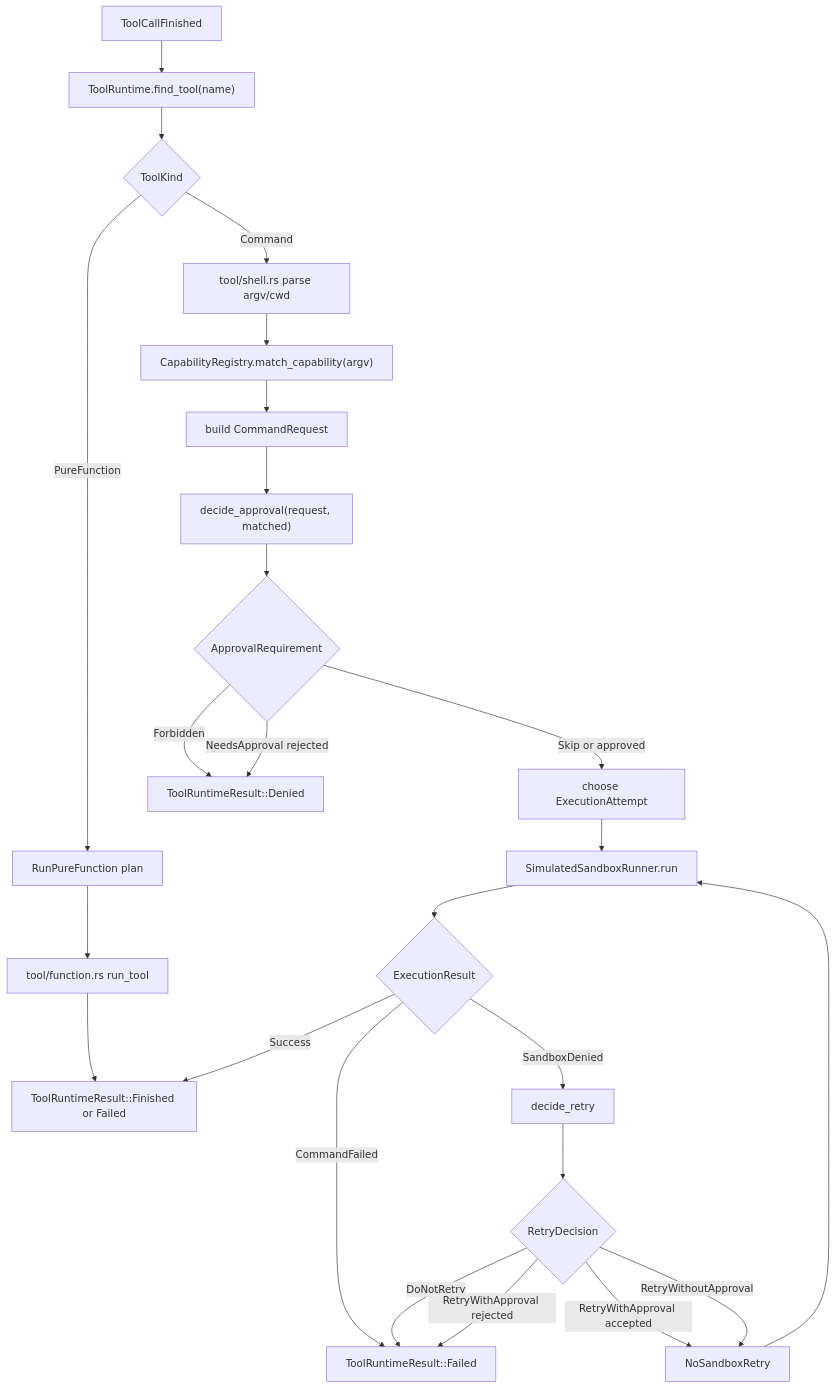
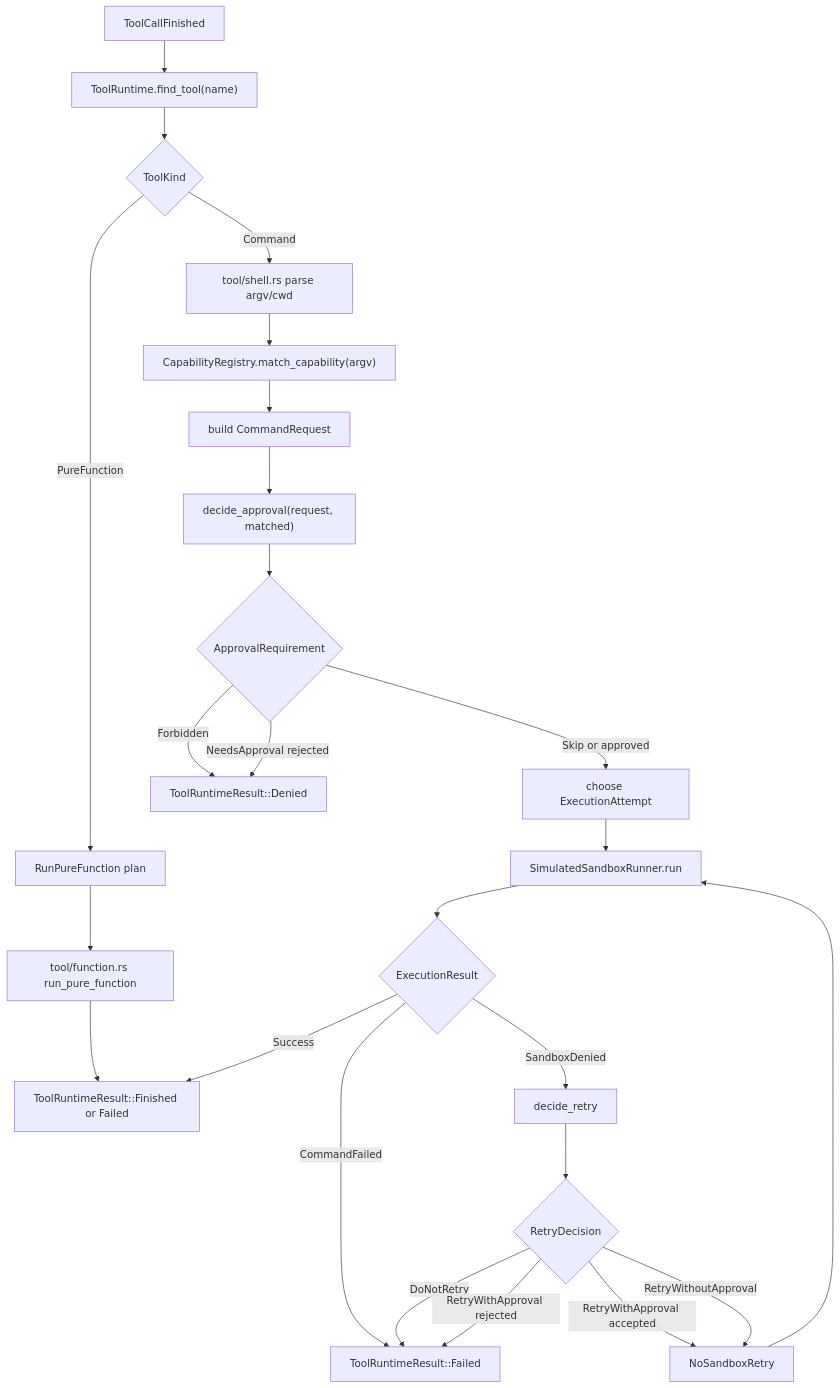
Before and after one commit to hedon954/daedalus: the diagram in workspaces/02-learning/openai-codex-cli-deep-learning/topics/tools-permissions/guides/08-demo-coder/tool-runtime-data-relationships.md, drawn with Mermaid. The commit also changed other lines of this file and 18 other files, not shown here.

First line of the commit message:
feat(learning): 完成 ToolRuntime pure function 检查点

````diff
--- a/workspaces/02-learning/openai-codex-cli-deep-learning/topics/tools-permissions/guides/08-demo-coder/tool-runtime-data-relationships.md
+++ b/workspaces/02-learning/openai-codex-cli-deep-learning/topics/tools-permissions/guides/08-demo-coder/tool-runtime-data-relationships.md
@@ -287,29 +288,29 @@
 ```mermaid
 flowchart TD
     A["ToolCallFinished"] --> B["ToolRuntime.find_tool(name)"]
     B --> C{"ToolKind"}
 
     C -->|"PureFunction"| D["RunPureFunction plan"]
-    D --> E["tool/function.rs run_tool"]
+    D --> E["tool/function.rs run_pure_function"]
     E --> F["ToolRuntimeResult::Finished or Failed"]
 
     C -->|"Command"| G["tool/shell.rs parse argv/cwd"]
     G --> H["CapabilityRegistry.match_capability(argv)"]
     H --> I["build CommandRequest"]
     I --> J["decide_approval(request, matched)"]
     J --> K{"ApprovalRequirement"}
     K -->|"Forbidden"| L["ToolRuntimeResult::Denied"]
     K -->|"NeedsApproval rejected"| L
     K -->|"Skip or approved"| M["choose ExecutionAttempt"]
     M --> N["SimulatedSandboxRunner.run"]
     N --> O{"ExecutionResult"}
     O -->|"Success"| F
     O -->|"CommandFailed"| P["ToolRuntimeResult::Failed"]
     O -->|"SandboxDenied"| Q["decide_retry"]
     Q --> R{"RetryDecision"}
     R -->|"DoNotRetry"| P
     R -->|"RetryWithApproval rejected"| P
     R -->|"RetryWithApproval accepted"| S["NoSandboxRetry"]
     R -->|"RetryWithoutApproval"| S
     S --> N
 ```
````
